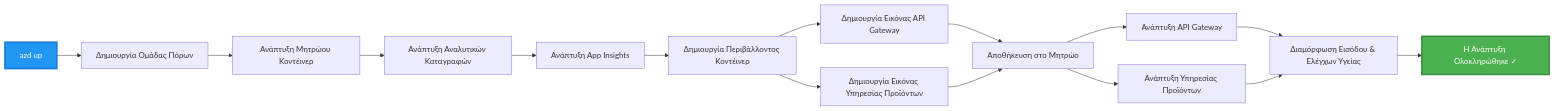
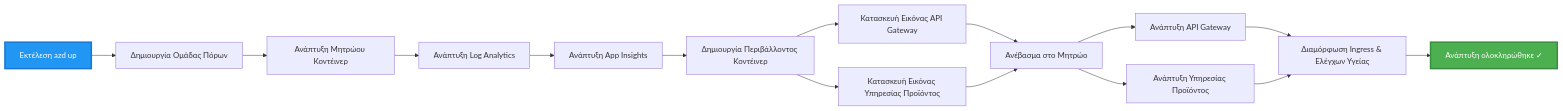
One commit to microsoft/AZD-for-beginners changed the third of 4 diagrams in translations/el/examples/microservices/README.md. Above: the diagram before and after it, drawn with Mermaid. The commit also changed other lines of this file and 242 other files, not shown here.

````diff
--- a/translations/el/examples/microservices/README.md
+++ b/translations/el/examples/microservices/README.md
@@ -242,20 +233,20 @@
 ```mermaid
 graph LR
-    A[azd up] --> B[Δημιουργία Ομάδας Πόρων]
+    A[Εκτέλεση azd up] --> B[Δημιουργία Ομάδας Πόρων]
     B --> C[Ανάπτυξη Μητρώου Κοντέινερ]
-    C --> D[Ανάπτυξη Αναλυτικών Καταγραφών]
+    C --> D[Ανάπτυξη Log Analytics]
     D --> E[Ανάπτυξη App Insights]
     E --> F[Δημιουργία Περιβάλλοντος Κοντέινερ]
-    F --> G[Δημιουργία Εικόνας API Gateway]
-    F --> H[Δημιουργία Εικόνας Υπηρεσίας Προϊόντων]
-    G --> I[Αποθήκευση στο Μητρώο]
+    F --> G[Κατασκευή Εικόνας API Gateway]
+    F --> H[Κατασκευή Εικόνας Υπηρεσίας Προϊόντος]
+    G --> I[Ανέβασμα στο Μητρώο]
     H --> I
     I --> J[Ανάπτυξη API Gateway]
-    I --> K[Ανάπτυξη Υπηρεσίας Προϊόντων]
-    J --> L[Διαμόρφωση Εισόδου & Ελέγχων Υγείας]
+    I --> K[Ανάπτυξη Υπηρεσίας Προϊόντος]
+    J --> L[Διαμόρφωση Ingress & Ελέγχων Υγείας]
     K --> L
-    L --> M[Η Ανάπτυξη Ολοκληρώθηκε ✓]
+    L --> M[Ανάπτυξη ολοκληρώθηκε ✓]
     
     style A fill:#2196F3,stroke:#1976D2,stroke-width:3px,color:#fff
     style M fill:#4CAF50,stroke:#388E3C,stroke-width:3px,color:#fff
 ```
````
